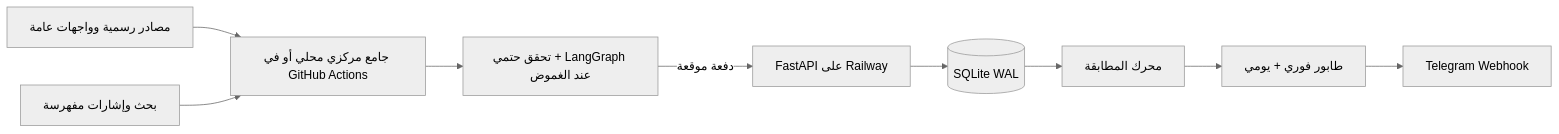
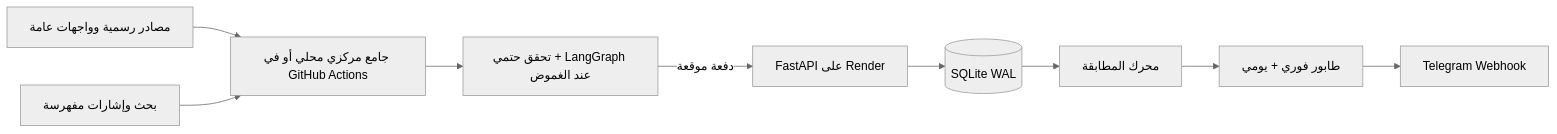
Before and after one commit to K7Ax/NabaaAgent: the diagram in README.md, drawn with Mermaid (neutral theme). The commit also changed other lines of this file and 13 other files, not shown here.

````diff
--- a/README.md
+++ b/README.md
@@ -30,11 +73,11 @@
 ```mermaid
 flowchart LR
     O["مصادر رسمية وواجهات عامة"] --> C["جامع مركزي محلي أو في GitHub Actions"]
     X["بحث وإشارات مفهرسة"] --> C
     C --> V["تحقق حتمي + LangGraph عند الغموض"]
-    V -->|"دفعة موقعة"| A["FastAPI على Railway"]
+    V -->|"دفعة موقعة"| A["FastAPI على Render"]
     A --> D[("SQLite WAL")]
     D --> M["محرك المطابقة"]
     M --> Q["طابور فوري + يومي"]
     Q --> T["Telegram Webhook"]
 ```
````
